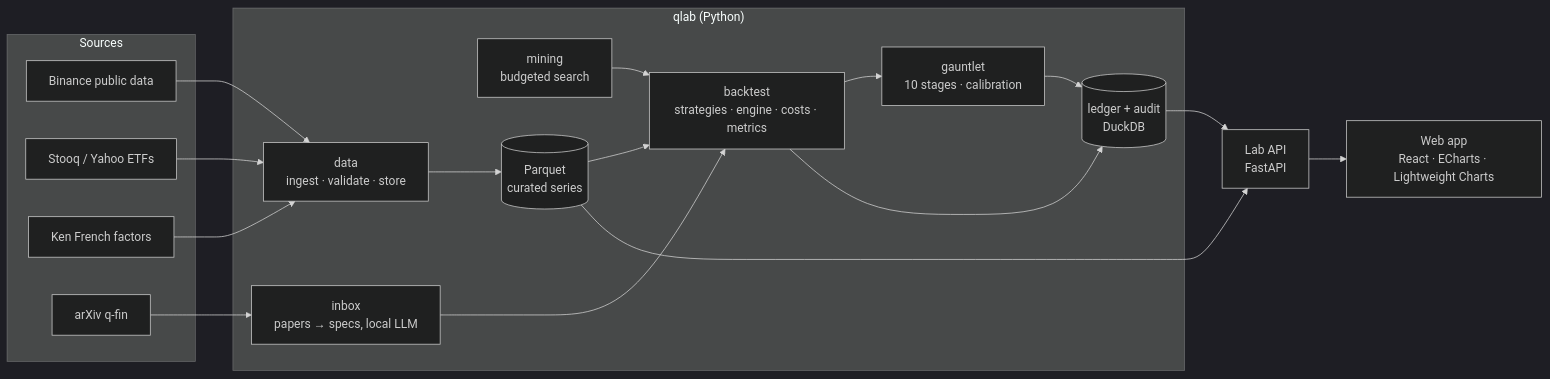
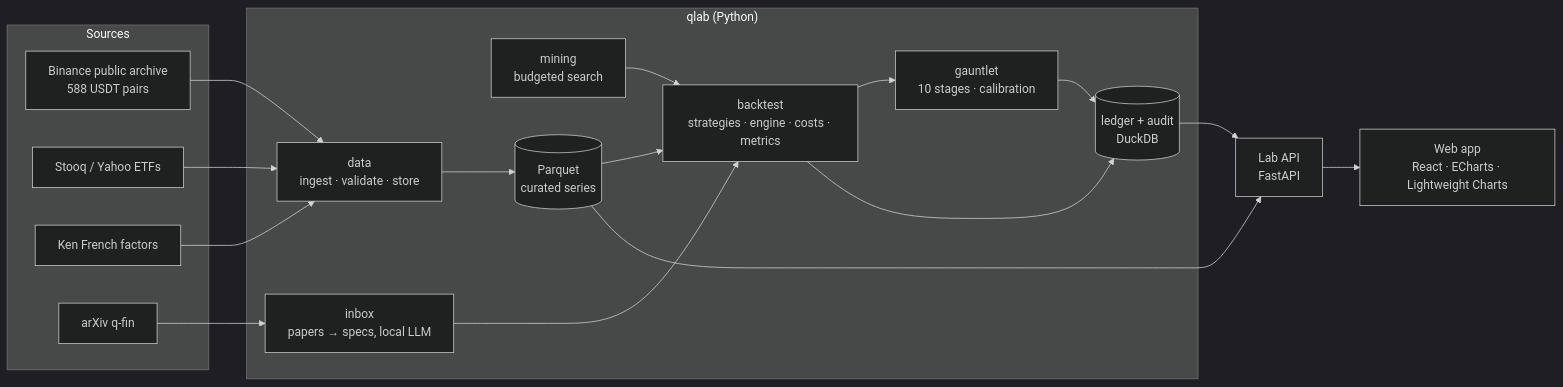
One commit to discoenmarte/quant-lab changed the diagram in README.md. Above: the diagram before and after it, drawn with Mermaid (dark theme). The commit also changed other lines of this file and 4 other files, not shown here.

````diff
--- a/README.md
+++ b/README.md
@@ -33,28 +35,28 @@
 ```mermaid
 flowchart LR
   subgraph Sources
-    S1[Binance public data]
+    S1[Binance public archive<br/>588 USDT pairs]
     S2[Stooq / Yahoo ETFs]
     S3[Ken French factors]
     S4[arXiv q-fin]
   end
   subgraph Lab["qlab (Python)"]
     D[data<br/>ingest · validate · store]
     B[backtest<br/>strategies · engine · costs · metrics]
     G[gauntlet<br/>10 stages · calibration]
     I[inbox<br/>papers → specs, local LLM]
     M[mining<br/>budgeted search]
     L[(ledger + audit<br/>DuckDB)]
     P[(Parquet<br/>curated series)]
   end
   API[Lab API<br/>FastAPI]
   WEB[Web app<br/>React · ECharts · Lightweight Charts]
   S1 & S2 & S3 --> D --> P --> B --> G
   S4 --> I --> B
   M --> B
   B --> L
   G --> L
   L --> API
   P --> API
   API --> WEB
 ```
````
